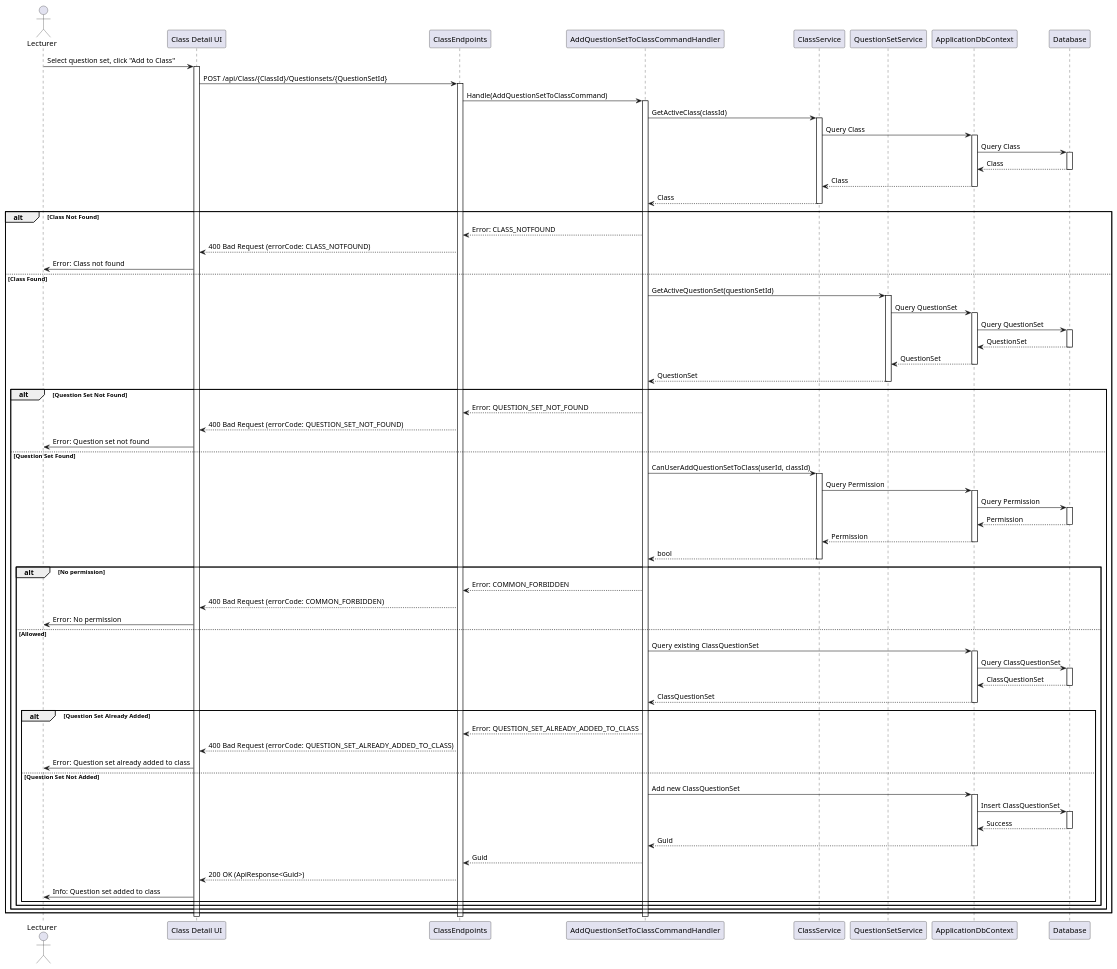
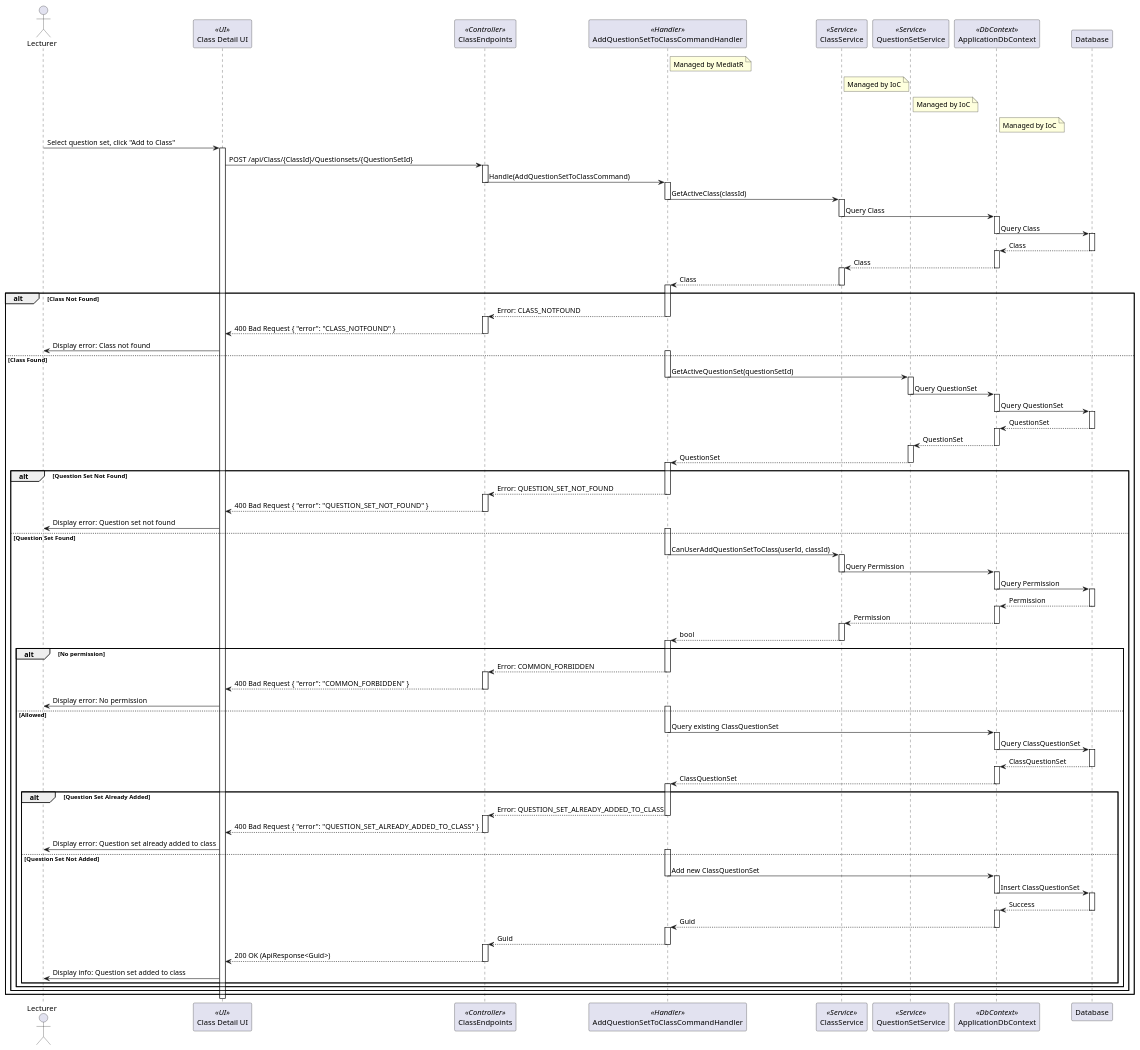
The diagram in classes/Sequence/AddQuestionSetToClassCommand.puml (thanhkhac/SEP_Diagram), drawn with PlantUML before and after one commit. The commit also changed 30 other files, not shown here.

Commit message:
Enhance sequence diagrams with detailed flow and roles

```diff
--- a/classes/Sequence/AddQuestionSetToClassCommand.puml
+++ b/classes/Sequence/AddQuestionSetToClassCommand.puml
@@ -1,99 +1,159 @@
 @startuml
 actor "Lecturer" as User
-participant "Class Detail UI" as UI
-participant ClassEndpoints
-participant AddQuestionSetToClassCommandHandler as Handler
-participant ClassService
-participant QuestionSetService
-participant ApplicationDbContext
+participant "Class Detail UI" as UI <<UI>>
+participant ClassEndpoints <<Controller>>
+participant AddQuestionSetToClassCommandHandler <<Handler>>
+participant ClassService <<Service>>
+participant QuestionSetService <<Service>>
+participant ApplicationDbContext <<DbContext>>
 participant Database
+
+note right of AddQuestionSetToClassCommandHandler
+  Managed by MediatR
+end note
+
+note right of ClassService
+  Managed by IoC
+end note
+
+note right of QuestionSetService
+  Managed by IoC
+end note
+
+note right of ApplicationDbContext
+  Managed by IoC
+end note
 
 User -> UI : Select question set, click "Add to Class"
 activate UI
 UI -> ClassEndpoints : POST /api/Class/{ClassId}/Questionsets/{QuestionSetId}
 activate ClassEndpoints
-ClassEndpoints -> Handler : Handle(AddQuestionSetToClassCommand)
-activate Handler
-Handler -> ClassService : GetActiveClass(classId)
+ClassEndpoints -> AddQuestionSetToClassCommandHandler : Handle(AddQuestionSetToClassCommand)
+deactivate ClassEndpoints
+activate AddQuestionSetToClassCommandHandler
+AddQuestionSetToClassCommandHandler -> ClassService : GetActiveClass(classId)
+deactivate AddQuestionSetToClassCommandHandler
 activate ClassService
 ClassService -> ApplicationDbContext : Query Class
+deactivate ClassService
 activate ApplicationDbContext
 ApplicationDbContext -> Database : Query Class
+deactivate ApplicationDbContext
 activate Database
 Database --> ApplicationDbContext : Class
 deactivate Database
+activate ApplicationDbContext
 ApplicationDbContext --> ClassService : Class
 deactivate ApplicationDbContext
-ClassService --> Handler : Class
+activate ClassService
+ClassService --> AddQuestionSetToClassCommandHandler : Class
 deactivate ClassService
+activate AddQuestionSetToClassCommandHandler
 alt Class Not Found
-    Handler --> ClassEndpoints : Error: CLASS_NOTFOUND
-    ClassEndpoints --> UI : 400 Bad Request (errorCode: CLASS_NOTFOUND)
-    UI -> User : Error: Class not found
+    AddQuestionSetToClassCommandHandler --> ClassEndpoints : Error: CLASS_NOTFOUND
+    deactivate AddQuestionSetToClassCommandHandler
+    activate ClassEndpoints
+    ClassEndpoints --> UI : 400 Bad Request { "error": "CLASS_NOTFOUND" }
+    deactivate ClassEndpoints
+    UI -> User : Display error: Class not found
 else Class Found
-    Handler -> QuestionSetService : GetActiveQuestionSet(questionSetId)
+    activate AddQuestionSetToClassCommandHandler
+    AddQuestionSetToClassCommandHandler -> QuestionSetService : GetActiveQuestionSet(questionSetId)
+    deactivate AddQuestionSetToClassCommandHandler
     activate QuestionSetService
     QuestionSetService -> ApplicationDbContext : Query QuestionSet
+    deactivate QuestionSetService
     activate ApplicationDbContext
     ApplicationDbContext -> Database : Query QuestionSet
+    deactivate ApplicationDbContext
     activate Database
     Database --> ApplicationDbContext : QuestionSet
     deactivate Database
+    activate ApplicationDbContext
     ApplicationDbContext --> QuestionSetService : QuestionSet
     deactivate ApplicationDbContext
-    QuestionSetService --> Handler : QuestionSet
+    activate QuestionSetService
+    QuestionSetService --> AddQuestionSetToClassCommandHandler : QuestionSet
     deactivate QuestionSetService
+    activate AddQuestionSetToClassCommandHandler
     alt Question Set Not Found
-        Handler --> ClassEndpoints : Error: QUESTION_SET_NOT_FOUND
-        ClassEndpoints --> UI : 400 Bad Request (errorCode: QUESTION_SET_NOT_FOUND)
-        UI -> User : Error: Question set not found
+        AddQuestionSetToClassCommandHandler --> ClassEndpoints : Error: QUESTION_SET_NOT_FOUND
+        deactivate AddQuestionSetToClassCommandHandler
+        activate ClassEndpoints
+        ClassEndpoints --> UI : 400 Bad Request { "error": "QUESTION_SET_NOT_FOUND" }
+        deactivate ClassEndpoints
+        UI -> User : Display error: Question set not found
     else Question Set Found
-        Handler -> ClassService : CanUserAddQuestionSetToClass(userId, classId)
+        activate AddQuestionSetToClassCommandHandler
+        AddQuestionSetToClassCommandHandler -> ClassService : CanUserAddQuestionSetToClass(userId, classId)
+        deactivate AddQuestionSetToClassCommandHandler
         activate ClassService
         ClassService -> ApplicationDbContext : Query Permission
+        deactivate ClassService
         activate ApplicationDbContext
         ApplicationDbContext -> Database : Query Permission
+        deactivate ApplicationDbContext
         activate Database
         Database --> ApplicationDbContext : Permission
         deactivate Database
+        activate ApplicationDbContext
         ApplicationDbContext --> ClassService : Permission
         deactivate ApplicationDbContext
-        ClassService --> Handler : bool
+        activate ClassService
+        ClassService --> AddQuestionSetToClassCommandHandler : bool
         deactivate ClassService
+        activate AddQuestionSetToClassCommandHandler
         alt No permission
-            Handler --> ClassEndpoints : Error: COMMON_FORBIDDEN
-            ClassEndpoints --> UI : 400 Bad Request (errorCode: COMMON_FORBIDDEN)
-            UI -> User : Error: No permission
+            AddQuestionSetToClassCommandHandler --> ClassEndpoints : Error: COMMON_FORBIDDEN
+            deactivate AddQuestionSetToClassCommandHandler
+            activate ClassEndpoints
+            ClassEndpoints --> UI : 400 Bad Request { "error": "COMMON_FORBIDDEN" }
+            deactivate ClassEndpoints
+            UI -> User : Display error: No permission
         else Allowed
-            Handler -> ApplicationDbContext : Query existing ClassQuestionSet
+            activate AddQuestionSetToClassCommandHandler
+            AddQuestionSetToClassCommandHandler -> ApplicationDbContext : Query existing ClassQuestionSet
+            deactivate AddQuestionSetToClassCommandHandler
             activate ApplicationDbContext
             ApplicationDbContext -> Database : Query ClassQuestionSet
+            deactivate ApplicationDbContext
             activate Database
             Database --> ApplicationDbContext : ClassQuestionSet
             deactivate Database
-            ApplicationDbContext --> Handler : ClassQuestionSet
+            activate ApplicationDbContext
+            ApplicationDbContext --> AddQuestionSetToClassCommandHandler : ClassQuestionSet
             deactivate ApplicationDbContext
+            activate AddQuestionSetToClassCommandHandler
             alt Question Set Already Added
-                Handler --> ClassEndpoints : Error: QUESTION_SET_ALREADY_ADDED_TO_CLASS
-                ClassEndpoints --> UI : 400 Bad Request (errorCode: QUESTION_SET_ALREADY_ADDED_TO_CLASS)
-                UI -> User : Error: Question set already added to class
+                AddQuestionSetToClassCommandHandler --> ClassEndpoints : Error: QUESTION_SET_ALREADY_ADDED_TO_CLASS
+                deactivate AddQuestionSetToClassCommandHandler
+                activate ClassEndpoints
+                ClassEndpoints --> UI : 400 Bad Request { "error": "QUESTION_SET_ALREADY_ADDED_TO_CLASS" }
+                deactivate ClassEndpoints
+                UI -> User : Display error: Question set already added to class
             else Question Set Not Added
-                Handler -> ApplicationDbContext : Add new ClassQuestionSet
+                activate AddQuestionSetToClassCommandHandler
+                AddQuestionSetToClassCommandHandler -> ApplicationDbContext : Add new ClassQuestionSet
+                deactivate AddQuestionSetToClassCommandHandler
                 activate ApplicationDbContext
                 ApplicationDbContext -> Database : Insert ClassQuestionSet
+                deactivate ApplicationDbContext
                 activate Database
                 Database --> ApplicationDbContext : Success
                 deactivate Database
-                ApplicationDbContext --> Handler : Guid
+                activate ApplicationDbContext
+                ApplicationDbContext --> AddQuestionSetToClassCommandHandler : Guid
                 deactivate ApplicationDbContext
-                Handler --> ClassEndpoints : Guid
+                activate AddQuestionSetToClassCommandHandler
+                AddQuestionSetToClassCommandHandler --> ClassEndpoints : Guid
+                deactivate AddQuestionSetToClassCommandHandler
+                activate ClassEndpoints
                 ClassEndpoints --> UI : 200 OK (ApiResponse<Guid>)
-                UI -> User : Info: Question set added to class
+                deactivate ClassEndpoints
+                UI -> User : Display info: Question set added to class
             end
         end
     end
 end
-deactivate Handler
-deactivate ClassEndpoints
-deactivate UI
+
 @enduml
```
